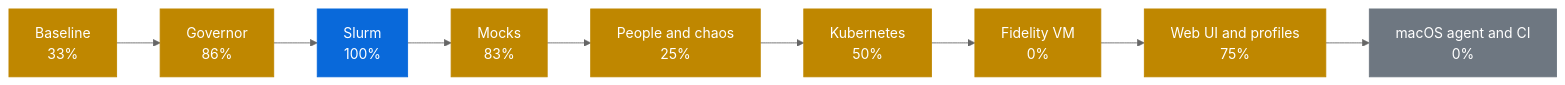
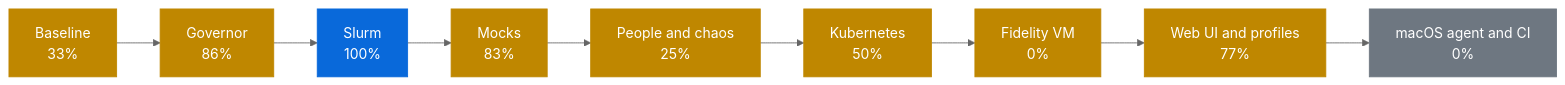
One commit to AhmedYousriSobhi/workbench changed the first of 2 diagrams in docs/PROGRESS.md. Above: the diagram before and after it, drawn with Mermaid (neutral theme). The commit also changed other lines of this file and 16 other files, not shown here.

First line of the commit message:
feat(webui): canvas-first dashboard, diagram fitted to its panel, Key popover (#319)

````diff
--- a/docs/PROGRESS.md
+++ b/docs/PROGRESS.md
@@ -10,17 +10,17 @@
 ```mermaid
 flowchart LR
     p0["Baseline<br/>33%"]:::partial
     p1["Governor<br/>86%"]:::partial
     p2["Slurm<br/>100%"]:::review
     p3["Mocks<br/>83%"]:::partial
     p4["People and chaos<br/>25%"]:::partial
     p5["Kubernetes<br/>50%"]:::partial
     p6["Fidelity VM<br/>0%"]:::partial
-    p7["Web UI and profiles<br/>75%"]:::partial
+    p7["Web UI and profiles<br/>77%"]:::partial
     p8["macOS agent and CI<br/>0%"]:::todo
     p0 --> p1 --> p2 --> p3 --> p4 --> p5 --> p6 --> p7 --> p8
     classDef done fill:#1a7f37,stroke:#1a7f37,color:#fff
     classDef review fill:#0969da,stroke:#0969da,color:#fff
     classDef partial fill:#bf8700,stroke:#bf8700,color:#fff
     classDef todo fill:#6e7781,stroke:#6e7781,color:#fff
 ```
````
